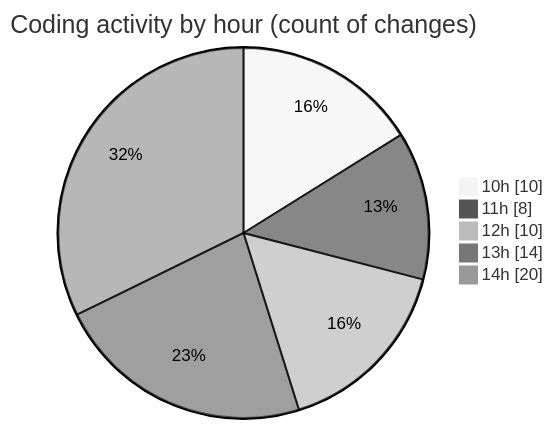
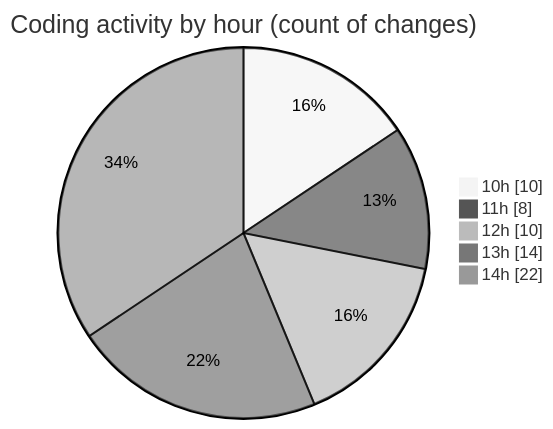
Before and after one commit to nxtqubesakshisongat/code-tracking: the second of 2 diagrams in 2025-07-29/nxtqube_webapp/README.md, drawn with Mermaid (neutral theme). The commit also changed other lines of this file and 1 other file, not shown here.

````diff
--- a/2025-07-29/nxtqube_webapp/README.md
+++ b/2025-07-29/nxtqube_webapp/README.md
@@ -36,9 +36,9 @@
 ```mermaid
 pie showData
 title Coding activity by hour (count of changes)
 "10h" : 10
 "11h" : 8
 "12h" : 10
 "13h" : 14
-"14h" : 20
+"14h" : 22
 ```
````
